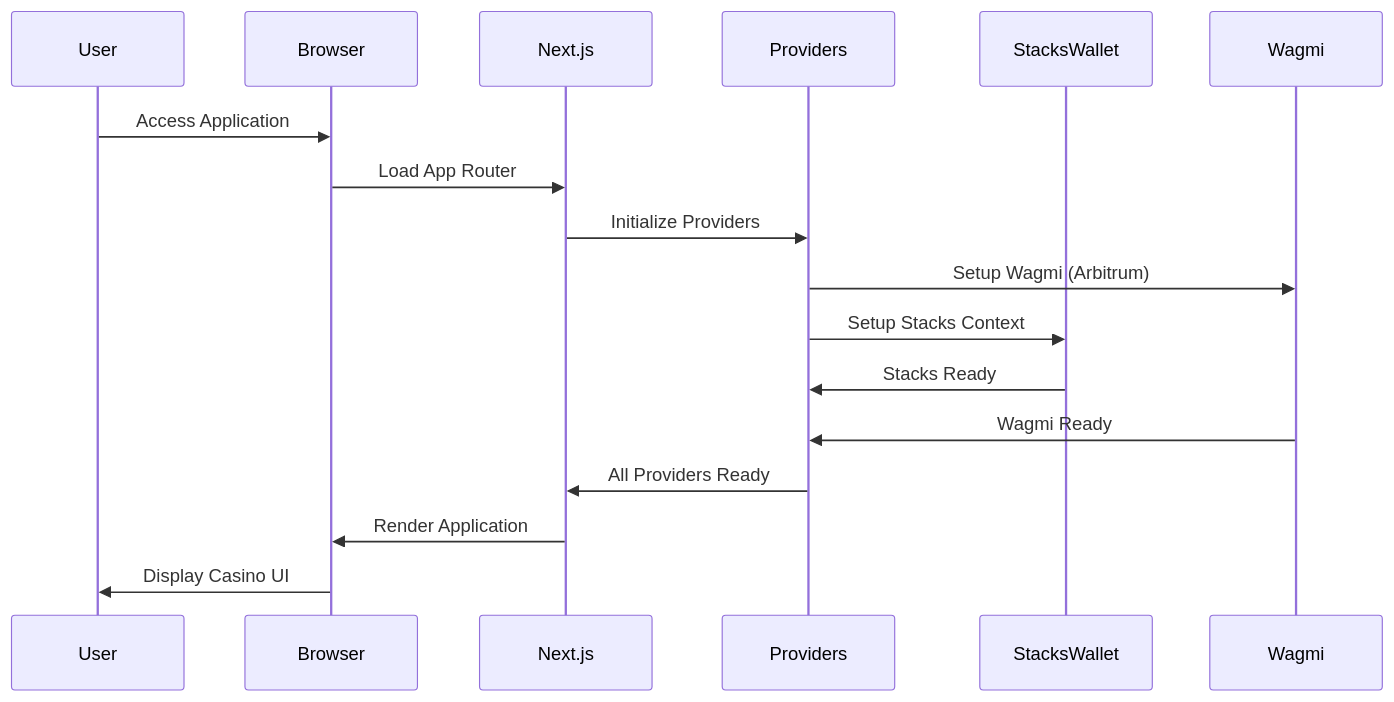
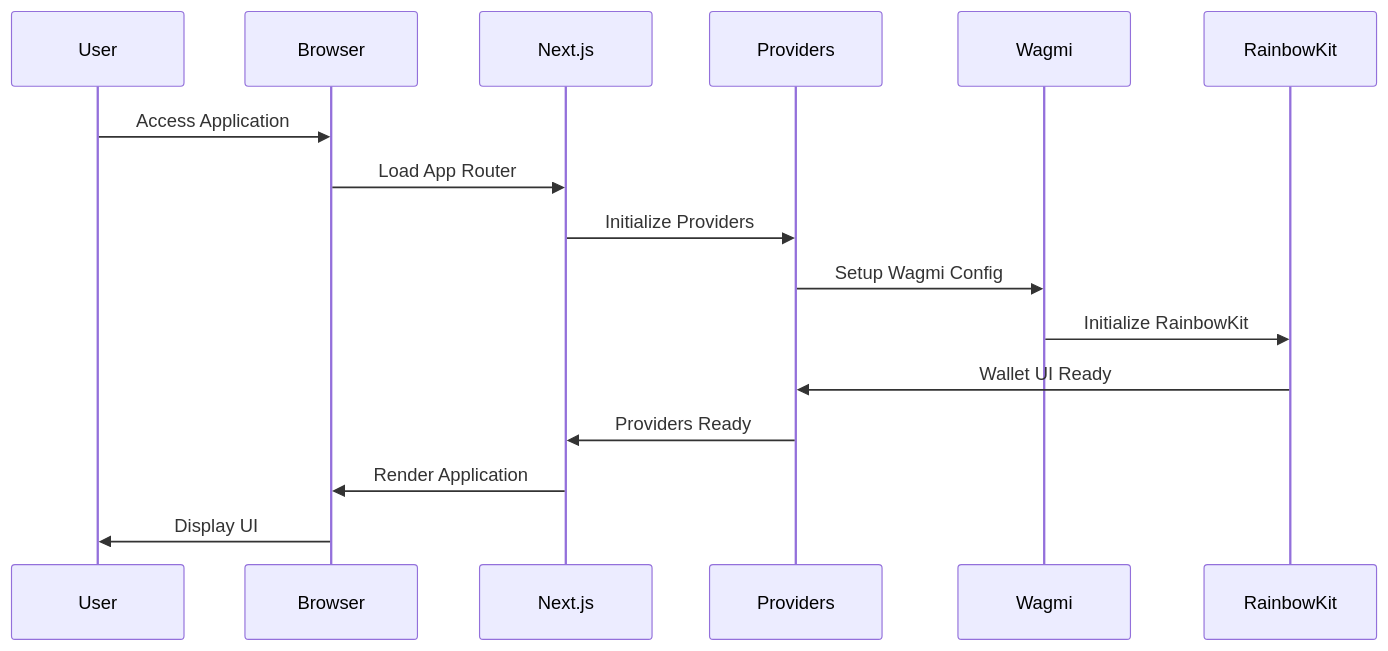
Before and after one commit to AmaanSayyad/APT-Casino-Linera: the second of 21 diagrams in MERMAID_DIAGRAMS.md, drawn with Mermaid. The commit also changed other lines of this file and 48 other files, not shown here.

````diff
--- a/MERMAID_DIAGRAMS.md
+++ b/MERMAID_DIAGRAMS.md
@@ -57,20 +59,19 @@
 ```mermaid
 sequenceDiagram
     participant U as User
     participant B as Browser
     participant N as Next.js
     participant P as Providers
-    participant SW as StacksWallet
     participant W as Wagmi
+    participant R as RainbowKit
     
     U->>B: Access Application
     B->>N: Load App Router
     N->>P: Initialize Providers
-    P->>W: Setup Wagmi (Arbitrum)
-    P->>SW: Setup Stacks Context
-    SW->>P: Stacks Ready
-    W->>P: Wagmi Ready
-    P->>N: All Providers Ready
+    P->>W: Setup Wagmi Config
+    W->>R: Initialize RainbowKit
+    R->>P: Wallet UI Ready
+    P->>N: Providers Ready
     N->>B: Render Application
-    B->>U: Display Casino UI
+    B->>U: Display UI
 ```
````
